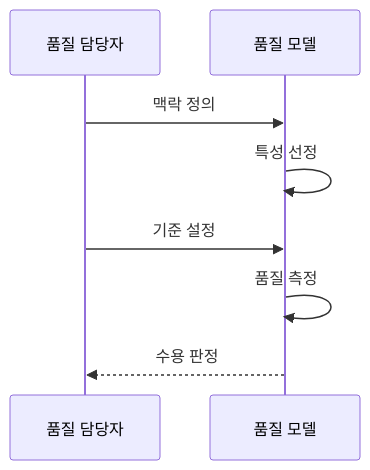
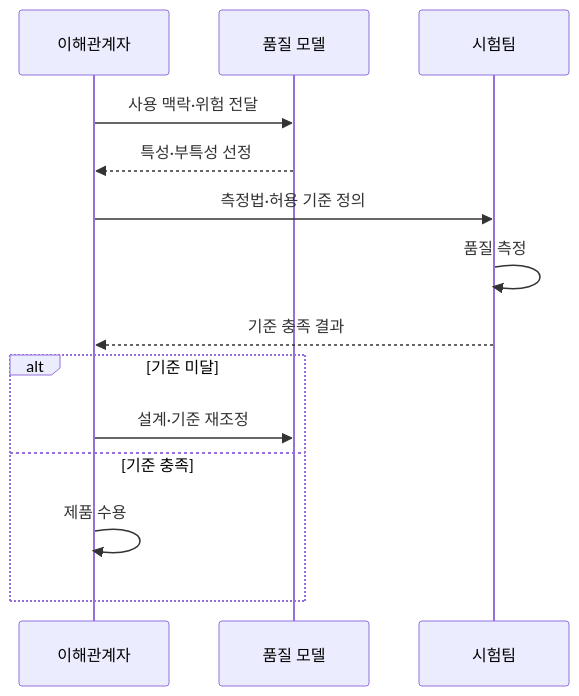
One commit to agnusdei1207/knowledge-base changed the second of 2 diagrams in src/content/docs/notes/03-software/069_software_quality_iso_25010.md. Above: the diagram before and after it, drawn with Mermaid. The commit also changed other lines of this file and 7 other files, not shown here.

````diff
--- a/src/content/docs/notes/03-software/069_software_quality_iso_25010.md
+++ b/src/content/docs/notes/03-software/069_software_quality_iso_25010.md
@@ -74,10 +78,16 @@
 ```mermaid
 sequenceDiagram
-    participant O as 품질 담당자
-    participant M as 품질 모델
-    O->>M: 맥락 정의
-    M->>M: 특성 선정
-    O->>M: 기준 설정
-    M->>M: 품질 측정
-    M-->>O: 수용 판정
+    participant S as 이해관계자
+    participant Q as 품질 모델
+    participant T as 시험팀
+    S->>Q: 사용 맥락·위험 전달
+    Q-->>S: 특성·부특성 선정
+    S->>T: 측정법·허용 기준 정의
+    T->>T: 품질 측정
+    T-->>S: 기준 충족 결과
+    alt 기준 미달
+        S->>Q: 설계·기준 재조정
+    else 기준 충족
+        S->>S: 제품 수용
+    end
 ```
````
